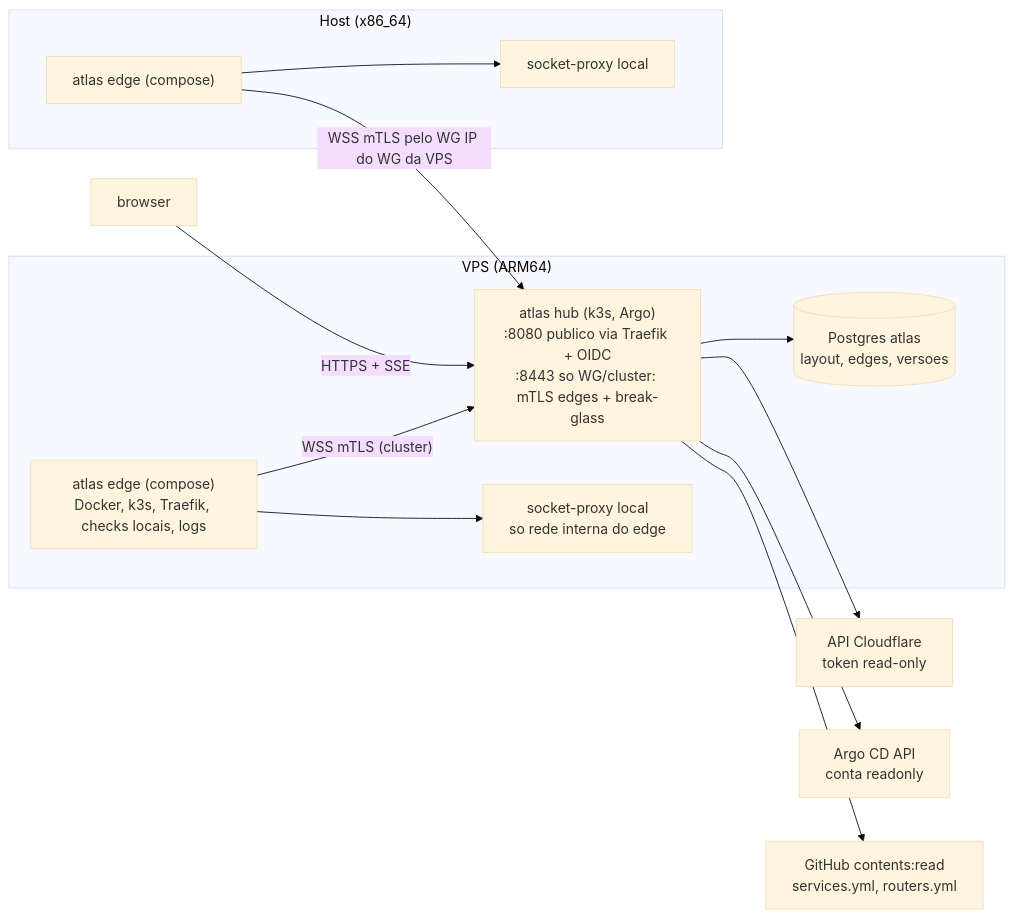
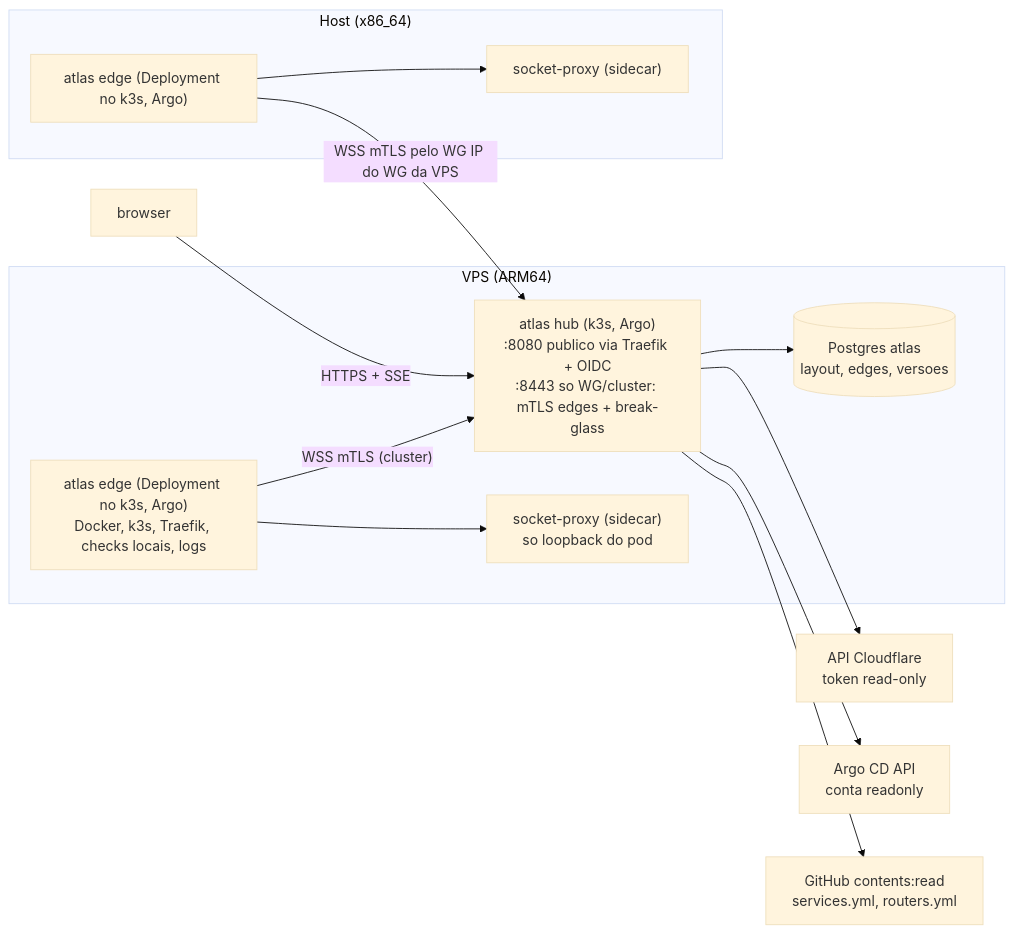
Before and after one commit to ggfto/cyberatlas: the diagram in docs/design.md, drawn with Mermaid (base theme). The commit also changed other lines of this file, not shown here.

Commit message:
docs: design.md registra o edge como deployment no k3s via argo (trade-off de 2026-10-19) e lista sources, me, audit e history com o papel exigido

````diff
--- a/docs/design.md
+++ b/docs/design.md
@@ -13,24 +13,24 @@
 ```mermaid
 flowchart LR
   subgraph VPS["VPS (ARM64)"]
     hub["atlas hub (k3s, Argo)<br/>:8080 publico via Traefik + OIDC<br/>:8443 so WG/cluster: mTLS edges + break-glass"]
     pg[("Postgres atlas<br/>layout, edges, versoes")]
-    edgeV["atlas edge (compose)<br/>Docker, k3s, Traefik, checks locais, logs"]
-    spV["socket-proxy local<br/>so rede interna do edge"]
+    edgeV["atlas edge (Deployment no k3s, Argo)<br/>Docker, k3s, Traefik, checks locais, logs"]
+    spV["socket-proxy (sidecar)<br/>so loopback do pod"]
   end
   subgraph HOST["Host (x86_64)"]
-    edgeH["atlas edge (compose)"]
-    spH["socket-proxy local"]
+    edgeH["atlas edge (Deployment no k3s, Argo)"]
+    spH["socket-proxy (sidecar)"]
   end
   cf["API Cloudflare<br/>token read-only"]
   argo["Argo CD API<br/>conta readonly"]
   gh["GitHub contents:read<br/>services.yml, routers.yml"]
   web["browser"]
   edgeV -- "WSS mTLS (cluster)" --> hub
   edgeH -- "WSS mTLS pelo WG IP do WG da VPS" --> hub
   edgeV --> spV
   edgeH --> spH
   hub --> cf & argo & gh
   hub --> pg
   web -- "HTTPS + SSE" --> hub
 ```
````
